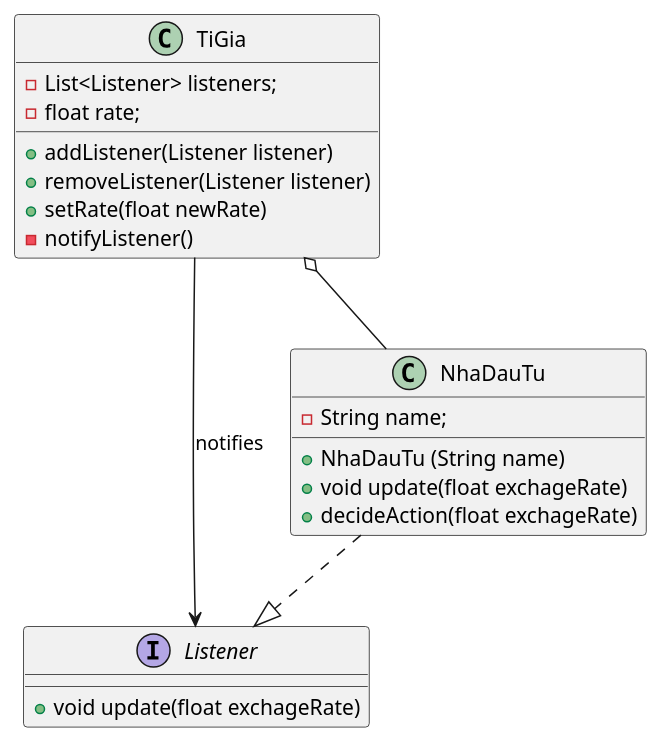
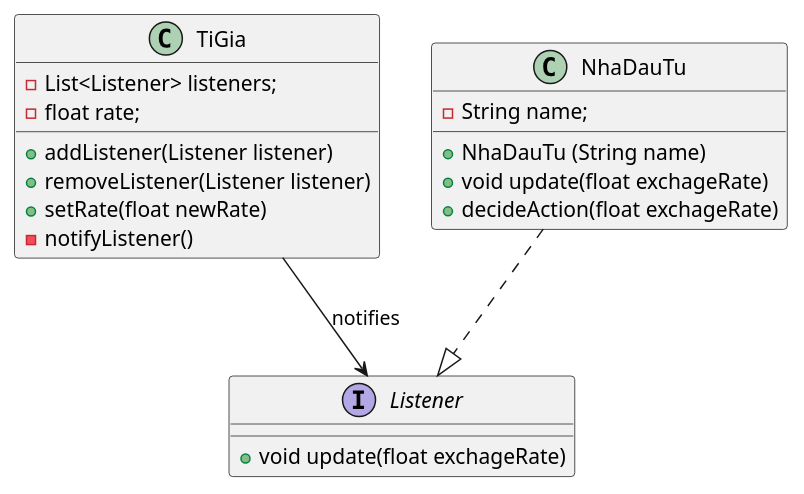
One commit to datx24/64130299_KienTrucVaThietKePhanMem changed the diagram in VD1_64130299/src/behavioral/observer/BTCA3/btca3_diagram.puml. Above: the diagram before and after it, drawn with PlantUML. The commit also changed 5 other files, not shown here.

```diff
--- a/VD1_64130299/src/behavioral/observer/BTCA3/btca3_diagram.puml
+++ b/VD1_64130299/src/behavioral/observer/BTCA3/btca3_diagram.puml
@@ -1,27 +1,26 @@
 @startuml
 'https://plantuml.com/class-diagram
 class TiGia {
     - List<Listener> listeners;
     - float rate;
     + addListener(Listener listener)
     + removeListener(Listener listener)
     + setRate(float newRate)
     - notifyListener()
 }
 
 interface Listener {
     + void update(float exchageRate)
 }
 
 class NhaDauTu {
     - String name;
     + NhaDauTu (String name)
     + void update(float exchageRate)
     + decideAction(float exchageRate)
 }
 
 NhaDauTu ..|> Listener
-TiGia o-- NhaDauTu
 TiGia --> Listener : notifies
 
 @enduml
```
